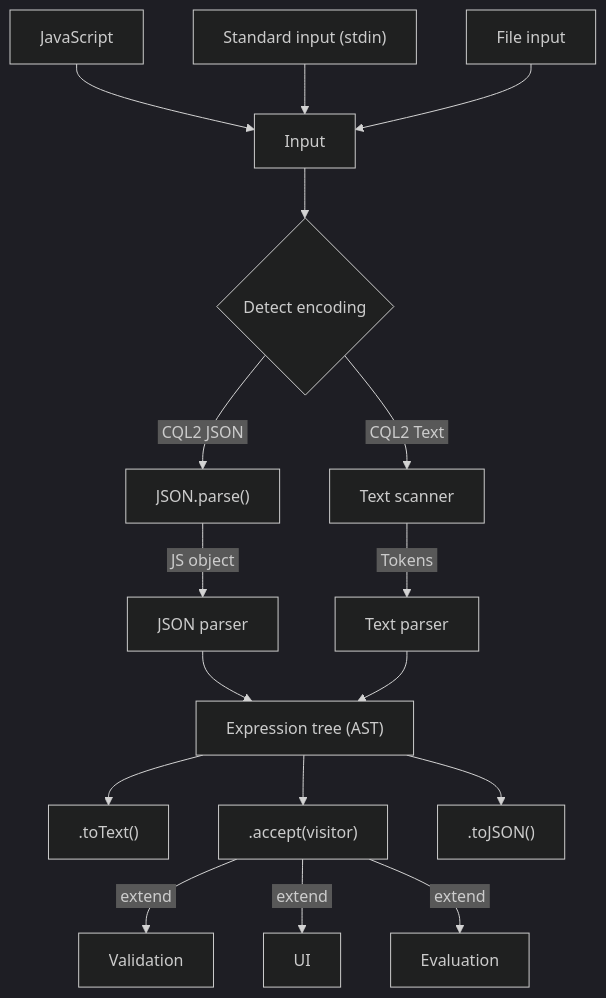
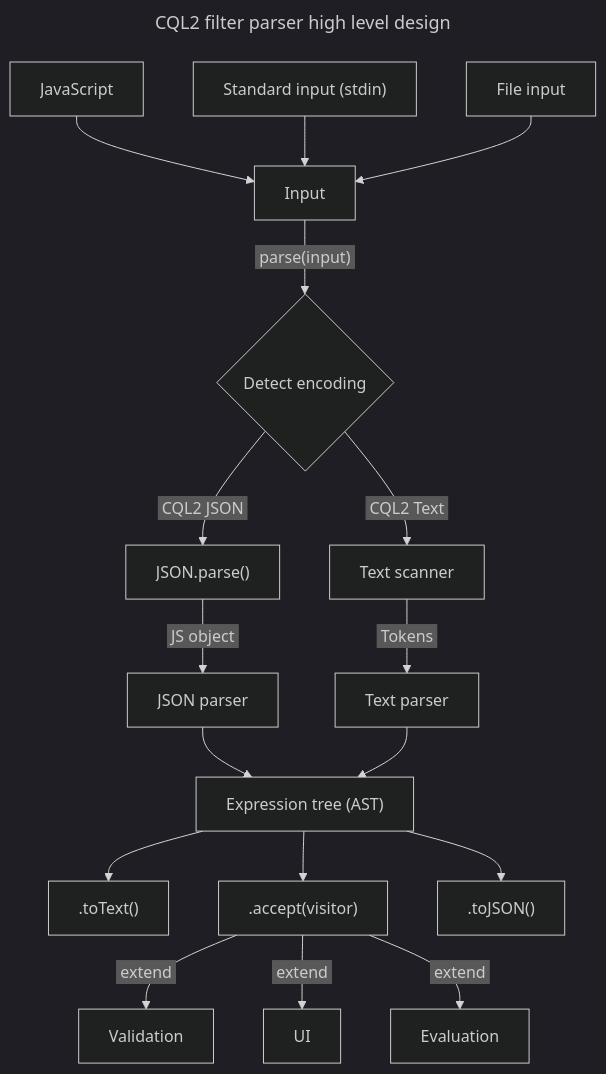
Before and after one commit to NoamRa/ogc-cql2-filters: the diagram in README.md, drawn with Mermaid (dark theme). The commit also changed other lines of this file and 10 other files, not shown here.

````diff
--- a/README.md
+++ b/README.md
@@ -19,27 +76,31 @@
 ```mermaid
+---
+Note: Mermaid diagrams don't work in npm. Please head over to GitHub.
+title: CQL2 filter parser high level design
+---
 flowchart TD
     JS[JavaScript] --> IN[Input]
     SI["Standard input (stdin)"] --> IN[Input]
     FI[File input] --> IN[Input]
-    IN --> D{Detect encoding}
+    IN --> |"&nbsp;parse(input)&nbsp;"| D{Detect encoding}
 
     %% CQL2 Text
     D --> |&nbsp;CQL2 Text&nbsp;| TS[Text scanner]
     TS --> |&nbsp;Tokens&nbsp;| TP[Text parser]
 
     %% CQL2 JSON
     D --> |&nbsp;CQL2 JSON&nbsp;| JSONP["JSON.parse()"]
     JSONP --> |&nbsp;JS object&nbsp;| JP[JSON parser]
     JP --> E
 
     %% Results
     TP --> E["Expression tree (AST)"]
     E --> TT[".toText()"]
     E --> VIS[".accept(visitor)"]
     E --> TJ[".toJSON()"]
 
     %% Visitor
     VIS --> |&nbsp;extend&nbsp;| Val[Validation]
     VIS --> |&nbsp;extend&nbsp;| UI[UI]
     VIS --> |&nbsp;extend&nbsp;| Eval[Evaluation]
 ```
````
